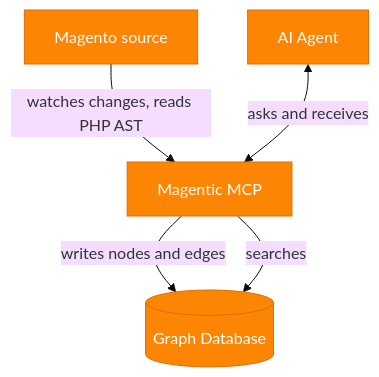
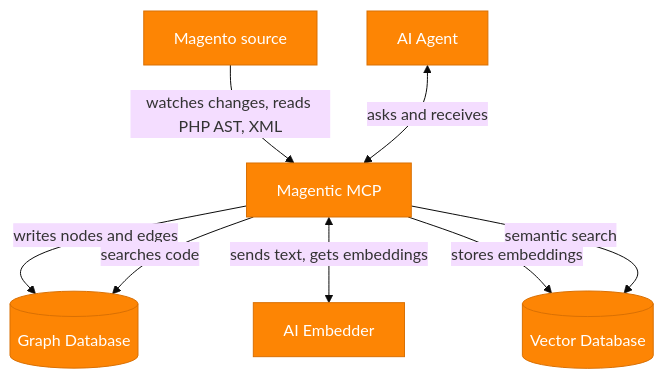
The diagram in README.md (DavidBelicza/Magento-MCP-Server), drawn with Mermaid (base theme) before and after one commit. The commit also changed other lines of this file and 8 other files, not shown here.

First line of the commit message:
Polish README and docs, refresh diagram, and align ports to 8081

````diff
--- a/README.md
+++ b/README.md
@@ -37,15 +30,20 @@
 ```mermaid
 flowchart TD
     Source[Magento source]
     Magentic[Magentic MCP]
     Graph[(Graph Database)]
+    Embedder[AI Embedder]
+    Vector[(Vector Database)]
     Agent[AI Agent]
 
-    Source -->|watches changes, reads PHP AST| Magentic
+    Source -->|watches changes, reads PHP AST, XML| Magentic
     Magentic -->|writes nodes and edges| Graph
+    Magentic <-->|sends text, gets embeddings| Embedder
+    Magentic -->|stores embeddings| Vector
     Agent <-->|asks and receives| Magentic
-    Magentic -->|searches| Graph
+    Magentic -->|searches code| Graph
+    Magentic -->|semantic search| Vector
 
     classDef brand fill:#fd8504,stroke:#d97004,color:#ffffff;
-    class Source,Magentic,Graph,Agent brand;
+    class Source,Magentic,Graph,Embedder,Vector,Agent brand;
 ```
````
